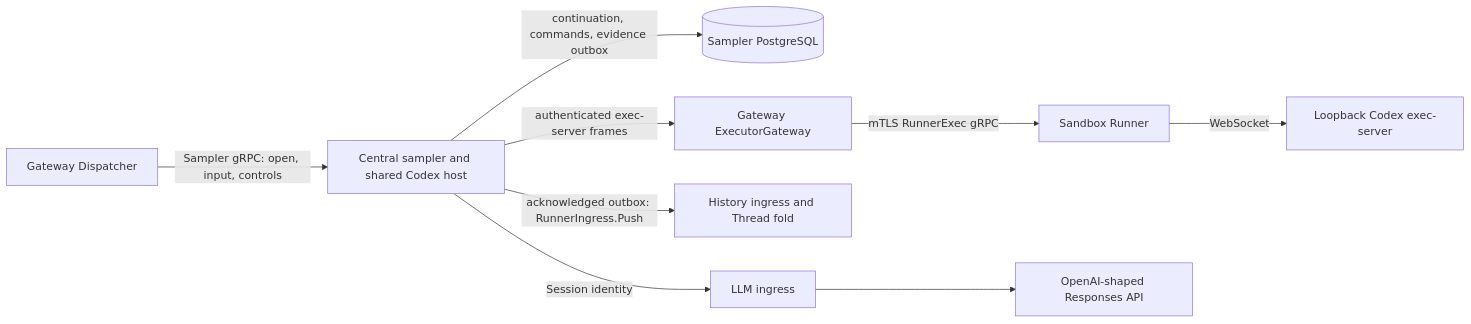
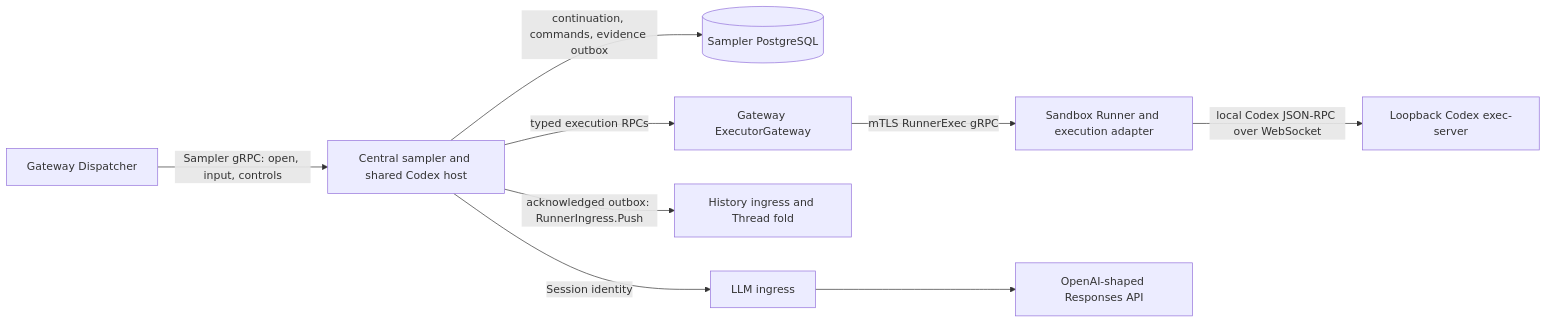
Before and after one commit to agentydragon/ducktape: the second of 8 diagrams in agentplane/docs/system_overview.md, drawn with Mermaid. The commit also changed other lines of this file and 61 other files, not shown here.

Commit message:
Move central sampler execution to typed RPCs

````diff
--- a/agentplane/docs/system_overview.md
+++ b/agentplane/docs/system_overview.md
@@ -34,19 +34,19 @@
 ```mermaid
 flowchart LR
     dispatcher[Gateway Dispatcher]
     sampler[Central sampler and shared Codex host]
     db[(Sampler PostgreSQL)]
     gateway[Gateway ExecutorGateway]
-    runner[Sandbox Runner]
+    runner[Sandbox Runner and execution adapter]
     executor[Loopback Codex exec-server]
     history[History ingress and Thread fold]
     llm[LLM ingress]
     provider[OpenAI-shaped Responses API]
     dispatcher -->|Sampler gRPC: open, input, controls| sampler
     sampler -->|continuation, commands, evidence outbox| db
-    sampler -->|authenticated exec-server frames| gateway
+    sampler -->|typed execution RPCs| gateway
     gateway -->|mTLS RunnerExec gRPC| runner
-    runner -->|WebSocket| executor
+    runner -->|local Codex JSON-RPC over WebSocket| executor
     sampler -->|acknowledged outbox: RunnerIngress.Push| history
     sampler -->|Session identity| llm --> provider
 ```
````
